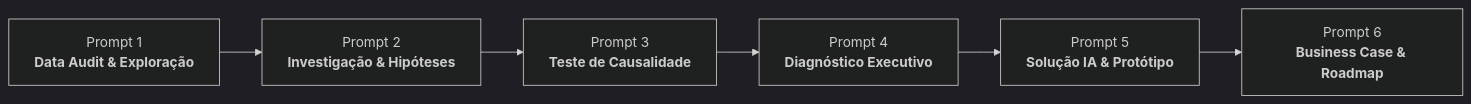
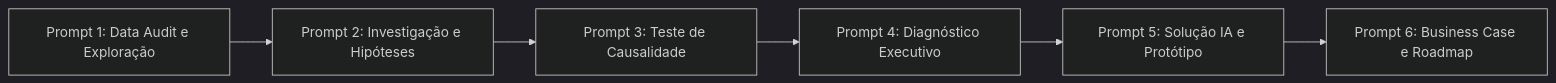
Before and after one commit to ingrdsoares/case-elo: the first of 2 diagrams in README.md, drawn with Mermaid (dark theme). The commit also changed other lines of this file, not shown here.

Commit message:
fix(docs): corrigir sintaxe do mermaid no readme para compatibilidade github

````diff
--- a/README.md
+++ b/README.md
@@ -35,8 +35,8 @@
 ```mermaid
 flowchart LR
-    P1["Prompt 1<br><b>Data Audit & Exploração</b>"] --> P2["Prompt 2<br><b>Investigação & Hipóteses</b>"]
-    P2 --> P3["Prompt 3<br><b>Teste de Causalidade</b>"]
-    P3 --> P4["Prompt 4<br><b>Diagnóstico Executivo</b>"]
-    P4 --> P5["Prompt 5<br><b>Solução IA & Protótipo</b>"]
-    P5 --> P6["Prompt 6<br><b>Business Case & Roadmap</b>"]
+    P1["Prompt 1: Data Audit e Exploração"] --> P2["Prompt 2: Investigação e Hipóteses"]
+    P2 --> P3["Prompt 3: Teste de Causalidade"]
+    P3 --> P4["Prompt 4: Diagnóstico Executivo"]
+    P4 --> P5["Prompt 5: Solução IA e Protótipo"]
+    P5 --> P6["Prompt 6: Business Case e Roadmap"]
 ```
````
